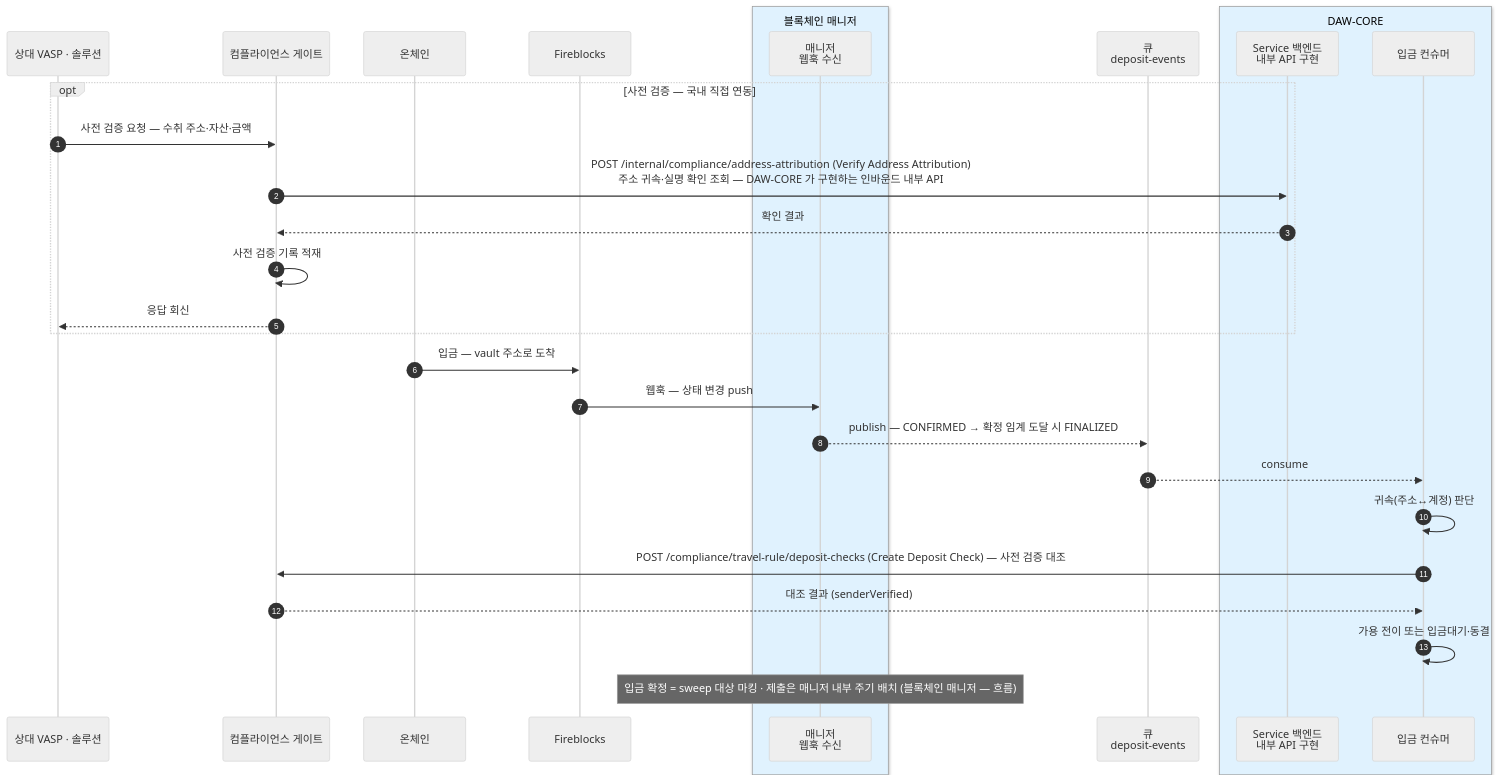
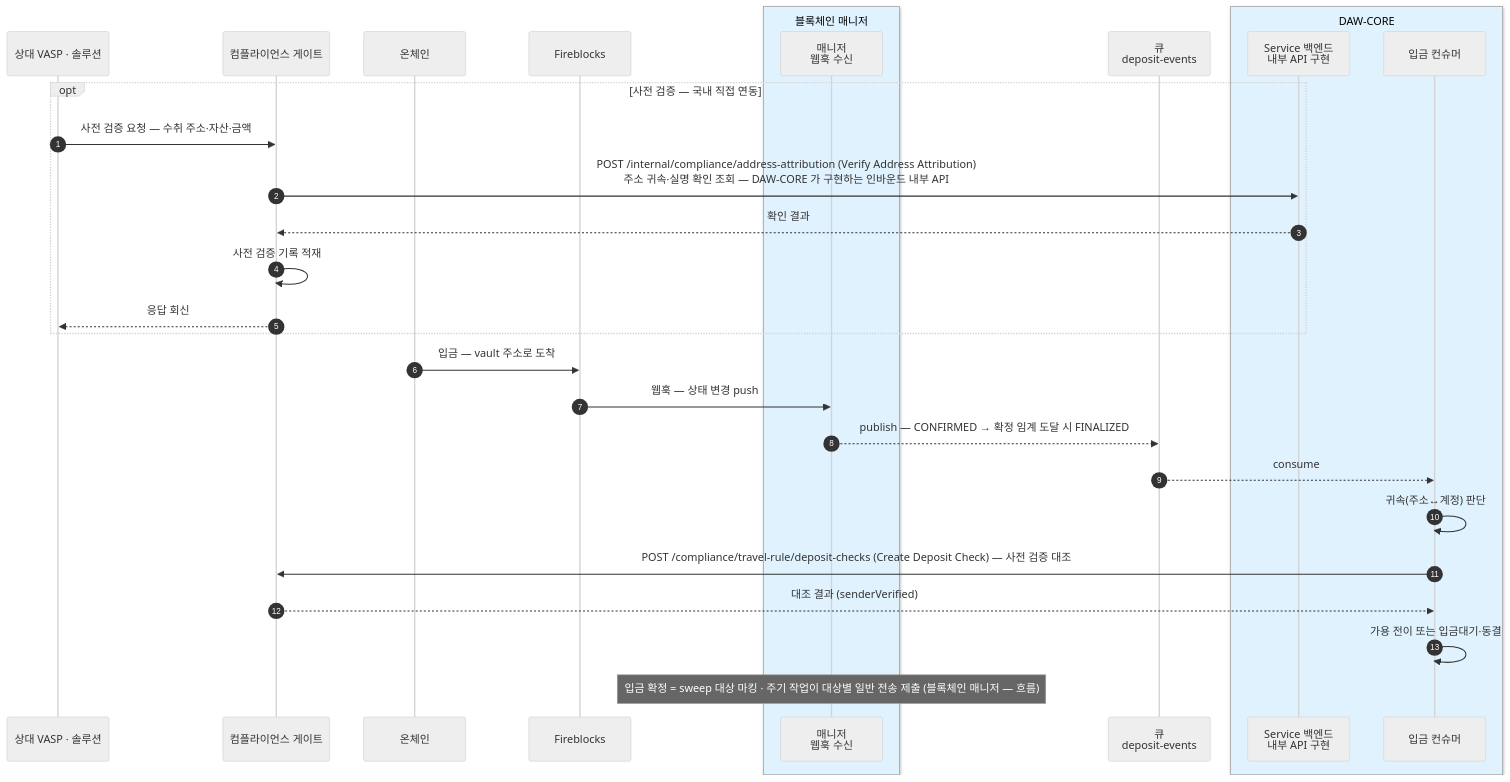
The third of 3 diagrams in blockchain-manager/docs/BC/설계/01-infra.md (eunsujeo/eunpus), drawn with Mermaid (neutral theme) before and after one commit. The commit also changed other lines of this file and 4 other files, not shown here.

````diff
--- a/blockchain-manager/docs/BC/설계/01-infra.md
+++ b/blockchain-manager/docs/BC/설계/01-infra.md
@@ -189,33 +189,33 @@
 ```mermaid
 sequenceDiagram
     autonumber
     participant NET as 상대 VASP · 솔루션
     participant CP as 컴플라이언스 게이트
     participant CH as 온체인
     participant FB as Fireblocks
     box rgb(224,242,254) 블록체인 매니저
     participant BM as 매니저<br/>웹훅 수신
     end
     participant MQ as 큐<br/>deposit-events
     box rgb(224,242,254) DAW-CORE
     participant SVC as Service 백엔드<br/>내부 API 구현
     participant BE as 입금 컨슈머
     end
 
     opt 사전 검증 — 국내 직접 연동
         NET->>CP: 사전 검증 요청 — 수취 주소·자산·금액
         CP->>SVC: POST /internal/compliance/address-attribution (Verify Address Attribution)<br/>주소 귀속·실명 확인 조회 — DAW-CORE 가 구현하는 인바운드 내부 API
         SVC-->>CP: 확인 결과
         CP->>CP: 사전 검증 기록 적재
         CP-->>NET: 응답 회신
     end
     CH->>FB: 입금 — vault 주소로 도착
     FB->>BM: 웹훅 — 상태 변경 push
     BM-->>MQ: publish — CONFIRMED → 확정 임계 도달 시 FINALIZED
     MQ-->>BE: consume
     BE->>BE: 귀속(주소↔계정) 판단
     BE->>CP: POST /compliance/travel-rule/deposit-checks (Create Deposit Check) — 사전 검증 대조
     CP-->>BE: 대조 결과 (senderVerified)
     BE->>BE: 가용 전이 또는 입금대기·동결
-    Note over BM: 입금 확정 = sweep 대상 마킹 · 제출은 매니저 내부 주기 배치 (블록체인 매니저 — 흐름)
+    Note over BM: 입금 확정 = sweep 대상 마킹 · 주기 작업이 대상별 일반 전송 제출 (블록체인 매니저 — 흐름)
 ```
````
